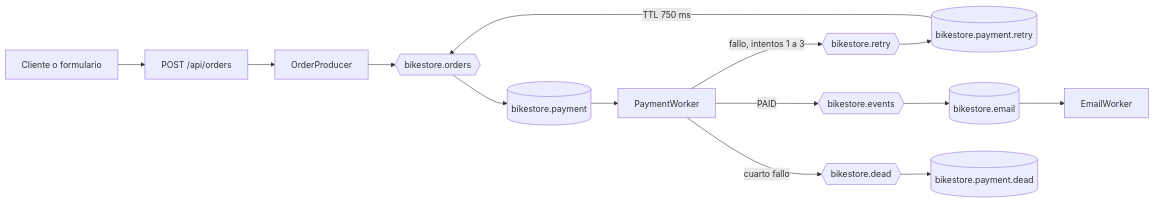
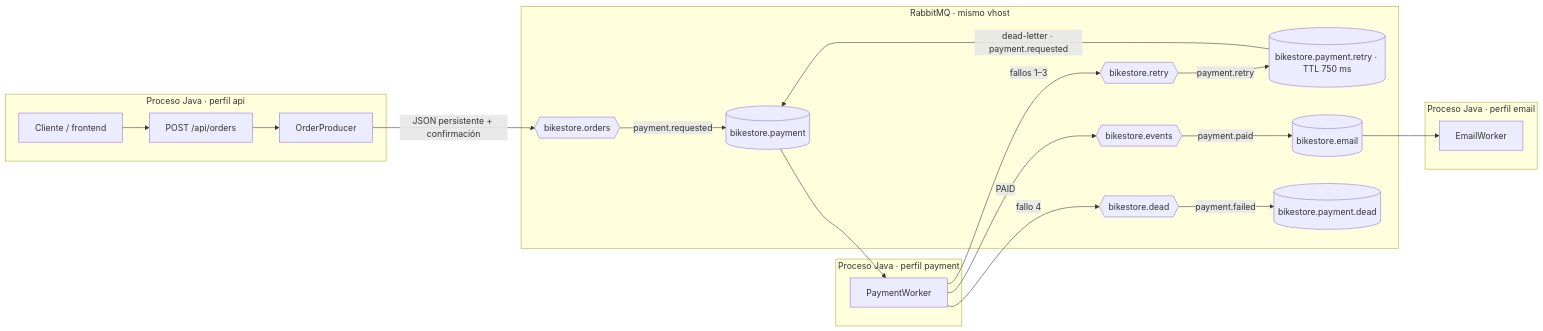
The diagram in README.md (Juliomm8/bikestore-async), drawn with Mermaid before and after one commit. The commit also changed other lines of this file and 2 other files, not shown here.

````diff
--- a/README.md
+++ b/README.md
@@ -86,16 +86,37 @@
 ```mermaid
 flowchart LR
-    Cliente[Cliente o formulario] --> API[POST /api/orders]
-    API --> Productor[OrderProducer]
-    Productor --> Ordenes{{bikestore.orders}}
-    Ordenes --> PagoQ[(bikestore.payment)]
-    PagoQ --> Pago[PaymentWorker]
-    Pago -- fallo, intentos 1 a 3 --> RetryX{{bikestore.retry}}
-    RetryX --> RetryQ[(bikestore.payment.retry)]
-    RetryQ -- TTL 750 ms --> Ordenes
-    Pago -- PAID --> Eventos{{bikestore.events}}
-    Eventos --> EmailQ[(bikestore.email)]
-    EmailQ --> Email[EmailWorker]
-    Pago -- cuarto fallo --> DeadX{{bikestore.dead}}
-    DeadX --> DLQ[(bikestore.payment.dead)]
+    subgraph ApiProcess["Proceso Java · perfil api"]
+        Cliente[Cliente / frontend] --> Controller[POST /api/orders]
+        Controller --> Producer[OrderProducer]
+    end
+
+    subgraph Broker["RabbitMQ · mismo vhost"]
+        OrdersX{{bikestore.orders}}
+        PaymentQ[(bikestore.payment)]
+        RetryX{{bikestore.retry}}
+        RetryQ[(bikestore.payment.retry · TTL 750 ms)]
+        EventsX{{bikestore.events}}
+        EmailQ[(bikestore.email)]
+        DeadX{{bikestore.dead}}
+        Dlq[(bikestore.payment.dead)]
+        OrdersX -->|payment.requested| PaymentQ
+        RetryX -->|payment.retry| RetryQ
+        RetryQ -->|dead-letter · payment.requested| PaymentQ
+        EventsX -->|payment.paid| EmailQ
+        DeadX -->|payment.failed| Dlq
+    end
+
+    subgraph PaymentProcess["Proceso Java · perfil payment"]
+        Payment[PaymentWorker]
+    end
+    subgraph EmailProcess["Proceso Java · perfil email"]
+        Email[EmailWorker]
+    end
+
+    Producer -->|JSON persistente + confirmación| OrdersX
+    PaymentQ --> Payment
+    Payment -->|fallos 1–3| RetryX
+    Payment -->|PAID| EventsX
+    Payment -->|fallo 4| DeadX
+    EmailQ --> Email
 ```
````
